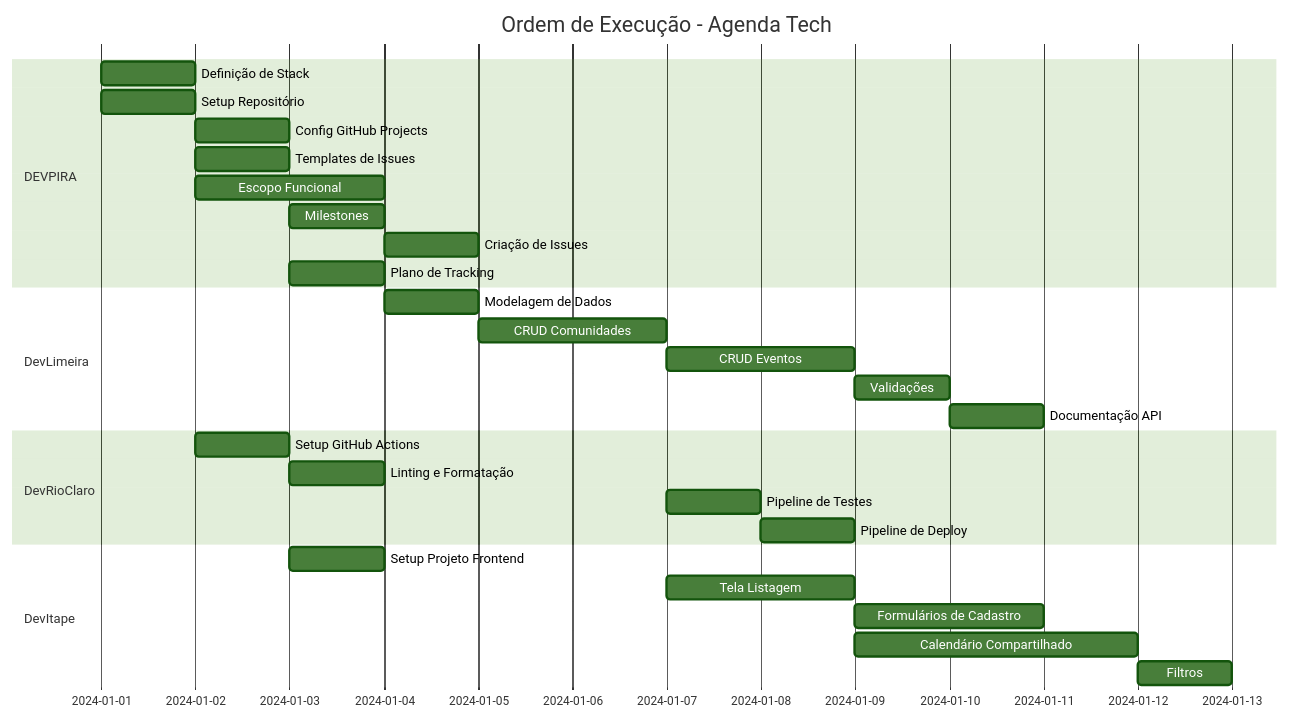
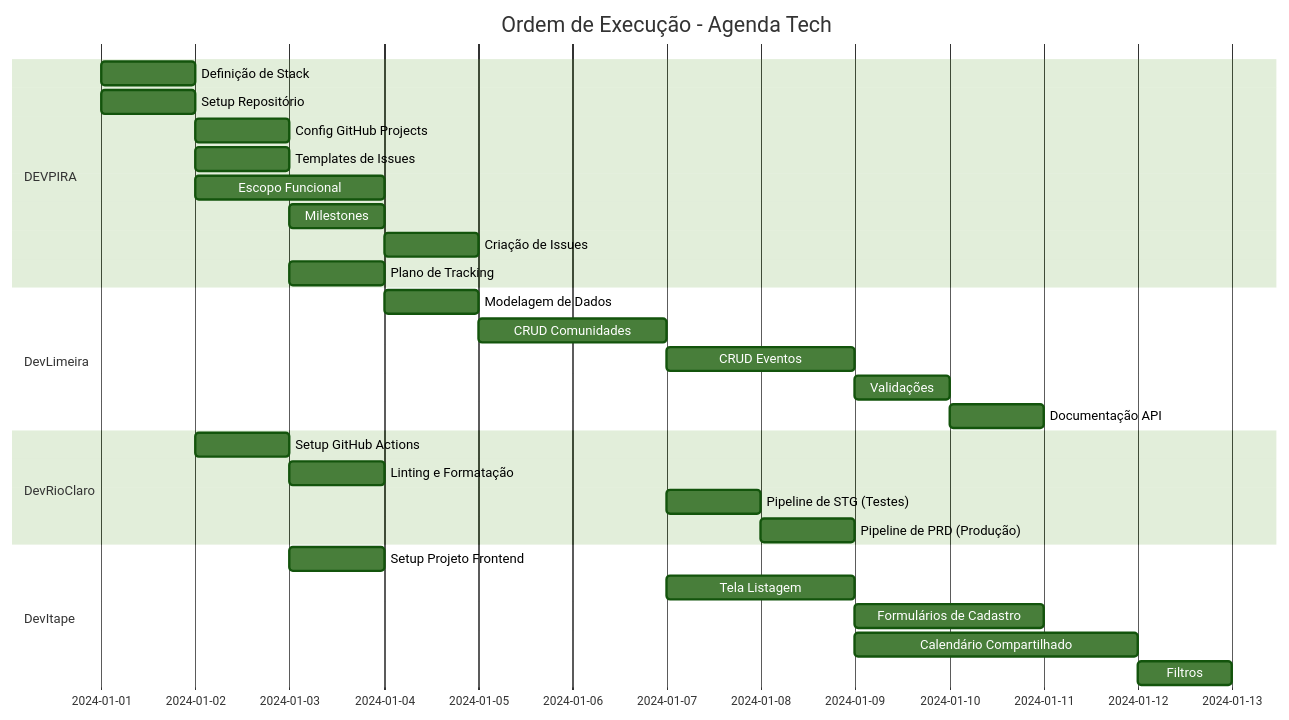
Before and after one commit to dev-pira/AgendaTech: the fourth of 4 diagrams in docs/wbs.md, drawn with Mermaid (forest theme). The commit also changed other lines of this file, not shown here.

First line of the commit message:
docs(wbs): atualiza nomenclatura dos pipelines pra STG/PRD

````diff
--- a/docs/wbs.md
+++ b/docs/wbs.md
@@ -683,34 +683,34 @@
 ```mermaid
 gantt
     title Ordem de Execução - Agenda Tech
     dateFormat  YYYY-MM-DD
     section DEVPIRA
     Definição de Stack       :t1a, 2024-01-01, 1d
     Setup Repositório        :t1b, 2024-01-01, 1d
     Config GitHub Projects   :t1c, after t1b, 1d
     Templates de Issues      :t1d, after t1b, 1d
     Escopo Funcional         :t1h, after t1a, 2d
     Milestones               :t1e, after t1c, 1d
     Criação de Issues        :t1f, after t1e, 1d
     Plano de Tracking        :t1g, after t1c, 1d
 
     section DevLimeira
     Modelagem de Dados       :t2a, after t1h, 1d
     CRUD Comunidades         :t2b, after t2a, 2d
     CRUD Eventos             :t2c, after t2b, 2d
     Validações               :t2d, after t2c, 1d
     Documentação API         :t2e, after t2d, 1d
 
     section DevRioClaro
     Setup GitHub Actions     :t3a, after t1b, 1d
     Linting e Formatação     :t3d, after t3a, 1d
-    Pipeline de Testes       :t3b, after t2b, 1d
-    Pipeline de Deploy       :t3c, after t3b, 1d
+    Pipeline de STG (Testes)       :t3b, after t2b, 1d
+    Pipeline de PRD (Produção)       :t3c, after t3b, 1d
 
     section DevItape
     Setup Projeto Frontend   :t4a, after t3a, 1d
     Tela Listagem            :t4b, after t2b, 2d
     Formulários de Cadastro  :t4c, after t2c, 2d
     Calendário Compartilhado :t4d, after t2c, 3d
     Filtros                  :t4e, after t4d, 1d
 ```
````
